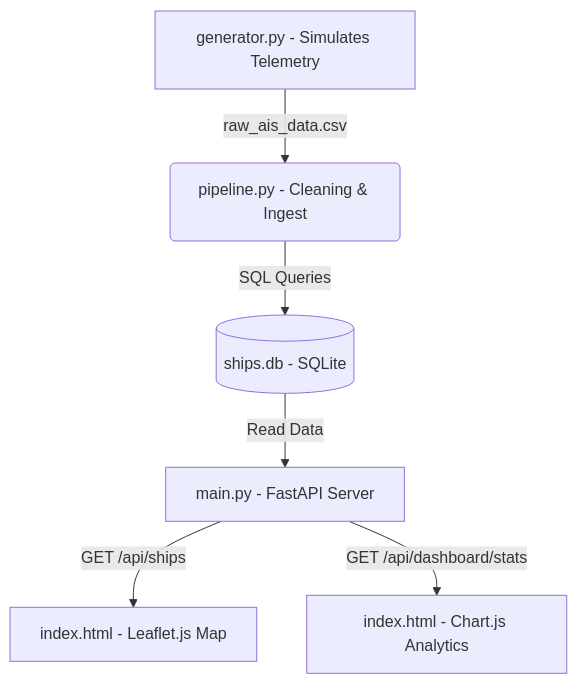
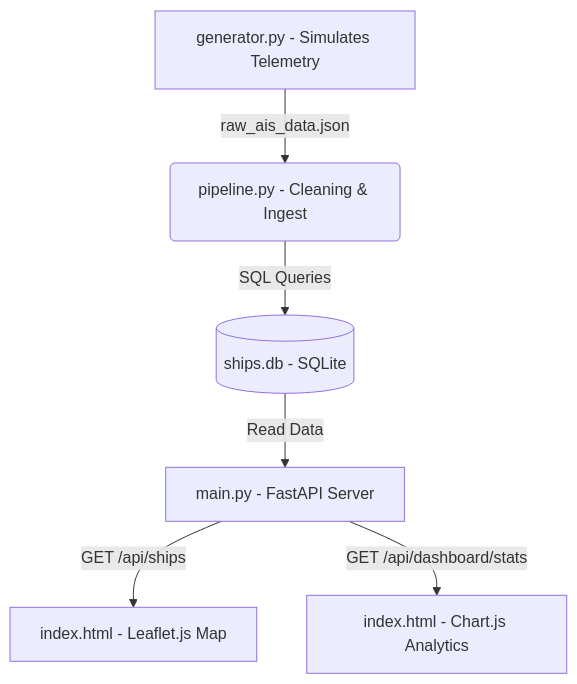
The diagram in README.md (dishaadora/global-ship-radar), drawn with Mermaid before and after one commit. The commit also changed other lines of this file and 8 other files, not shown here.

````diff
--- a/README.md
+++ b/README.md
@@ -43,8 +43,8 @@
 ```mermaid
 graph TD
-    A[generator.py - Simulates Telemetry] -->|raw_ais_data.csv| B(pipeline.py - Cleaning & Ingest)
+    A[generator.py - Simulates Telemetry] -->|raw_ais_data.json| B(pipeline.py - Cleaning & Ingest)
     B -->|SQL Queries| C[(ships.db - SQLite)]
     C -->|Read Data| D[main.py - FastAPI Server]
     D -->|GET /api/ships| E[index.html - Leaflet.js Map]
     D -->|GET /api/dashboard/stats| F[index.html - Chart.js Analytics]
 ```
````
